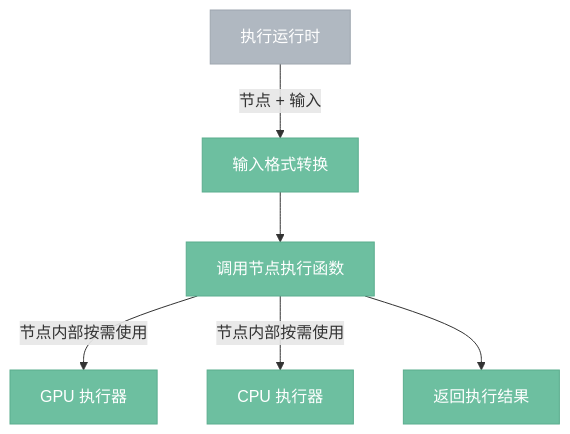
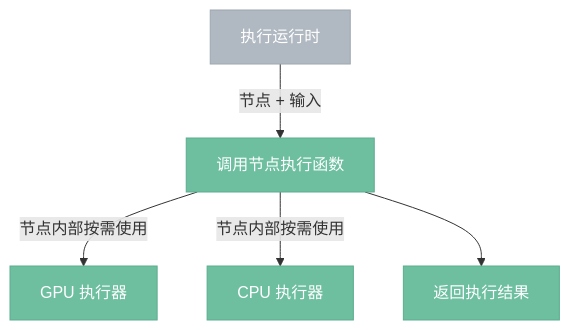
One commit to aporicho/nodeimg changed the second of 2 diagrams in docs/target/4.9.0-executor-image.draft.md. Above: the diagram before and after it, drawn with Mermaid. The commit also changed other lines of this file and 141 other files, not shown here.

````diff
--- a/docs/target/4.9.0-executor-image.draft.md
+++ b/docs/target/4.9.0-executor-image.draft.md
@@ -30,12 +30,11 @@
 ```mermaid
 %%{ init: { 'flowchart': { 'curve': 'basis' } } }%%
 flowchart TB
     classDef internal fill:#6DBFA0,stroke:#5BAD8E,color:#fff
     classDef external fill:#B0B8C1,stroke:#9EA6AF,color:#fff
 
-    运行时["执行运行时"]:::external -->|"节点 + 输入"| 转换["输入格式转换"]:::internal
-    转换 --> 执行["调用节点执行函数"]:::internal
+    运行时["执行运行时"]:::external -->|"节点 + 输入"| 执行["调用节点执行函数"]:::internal
     执行 -->|"节点内部按需使用"| GPU["GPU 执行器"]:::internal
     执行 -->|"节点内部按需使用"| CPU["CPU 执行器"]:::internal
     执行 --> 返回["返回执行结果"]:::internal
 ```
````
